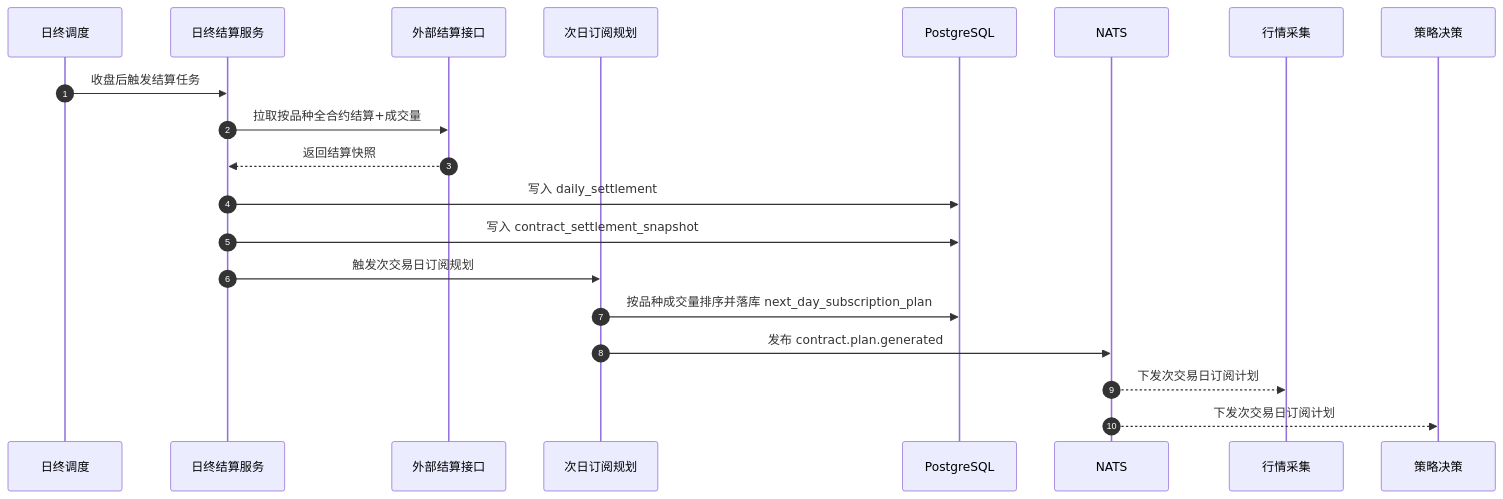
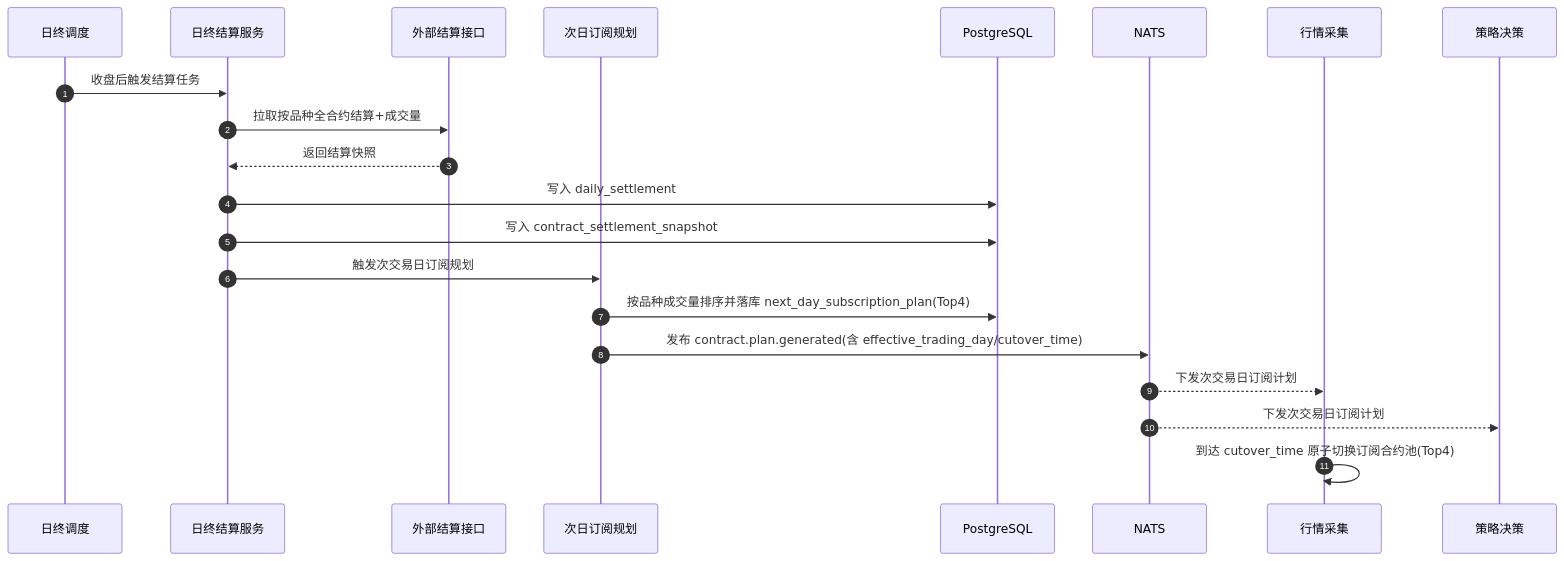
The third of 3 diagrams in docs/requirements/03_technical_architecture_diagram.md (lancewliang/vnpy_hft), drawn with Mermaid before and after one commit. The commit also changed other lines of this file and 3 other files, not shown here.

````diff
--- a/docs/requirements/03_technical_architecture_diagram.md
+++ b/docs/requirements/03_technical_architecture_diagram.md
@@ -107,26 +114,27 @@
 ```mermaid
 sequenceDiagram
     autonumber
     participant SCH as 日终调度
     participant SS as 日终结算服务
     participant API as 外部结算接口
     participant CSP as 次日订阅规划
     participant PG as PostgreSQL
     participant MQ as NATS
     participant MC as 行情采集
     participant SE as 策略决策
 
     SCH->>SS: 收盘后触发结算任务
     SS->>API: 拉取按品种全合约结算+成交量
     API-->>SS: 返回结算快照
 
     SS->>PG: 写入 daily_settlement
     SS->>PG: 写入 contract_settlement_snapshot
     SS->>CSP: 触发次交易日订阅规划
 
-    CSP->>PG: 按品种成交量排序并落库 next_day_subscription_plan
-    CSP->>MQ: 发布 contract.plan.generated
+    CSP->>PG: 按品种成交量排序并落库 next_day_subscription_plan(Top4)
+    CSP->>MQ: 发布 contract.plan.generated(含 effective_trading_day/cutover_time)
 
     MQ-->>MC: 下发次交易日订阅计划
     MQ-->>SE: 下发次交易日订阅计划
+    MC->>MC: 到达 cutover_time 原子切换订阅合约池(Top4)
 ```
````
